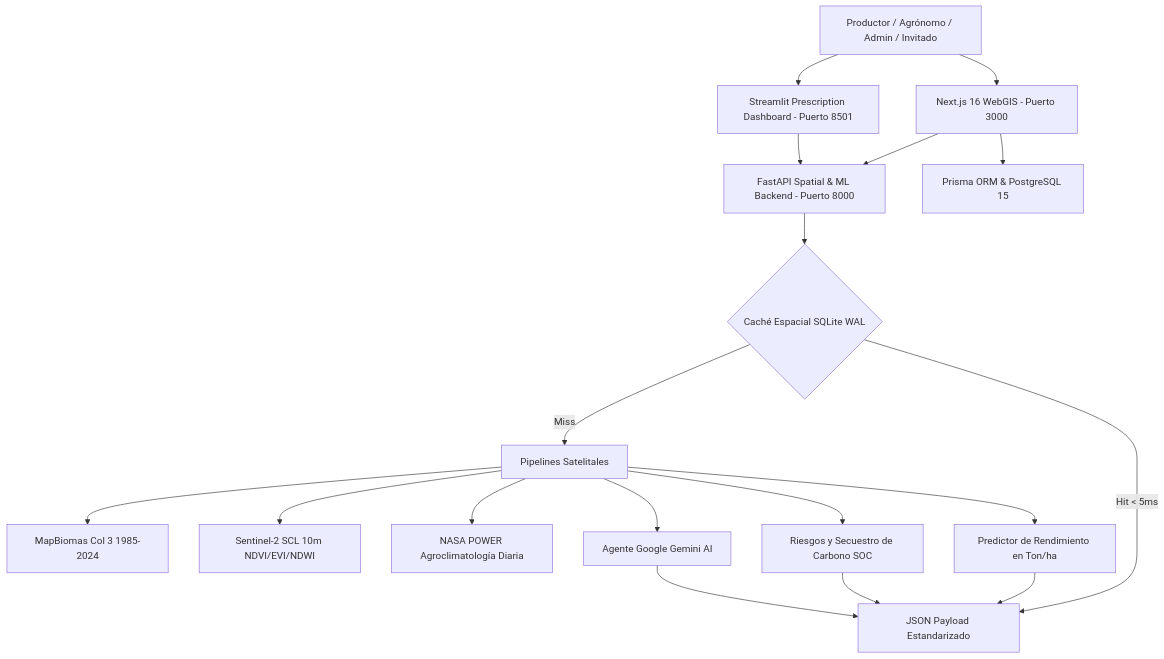
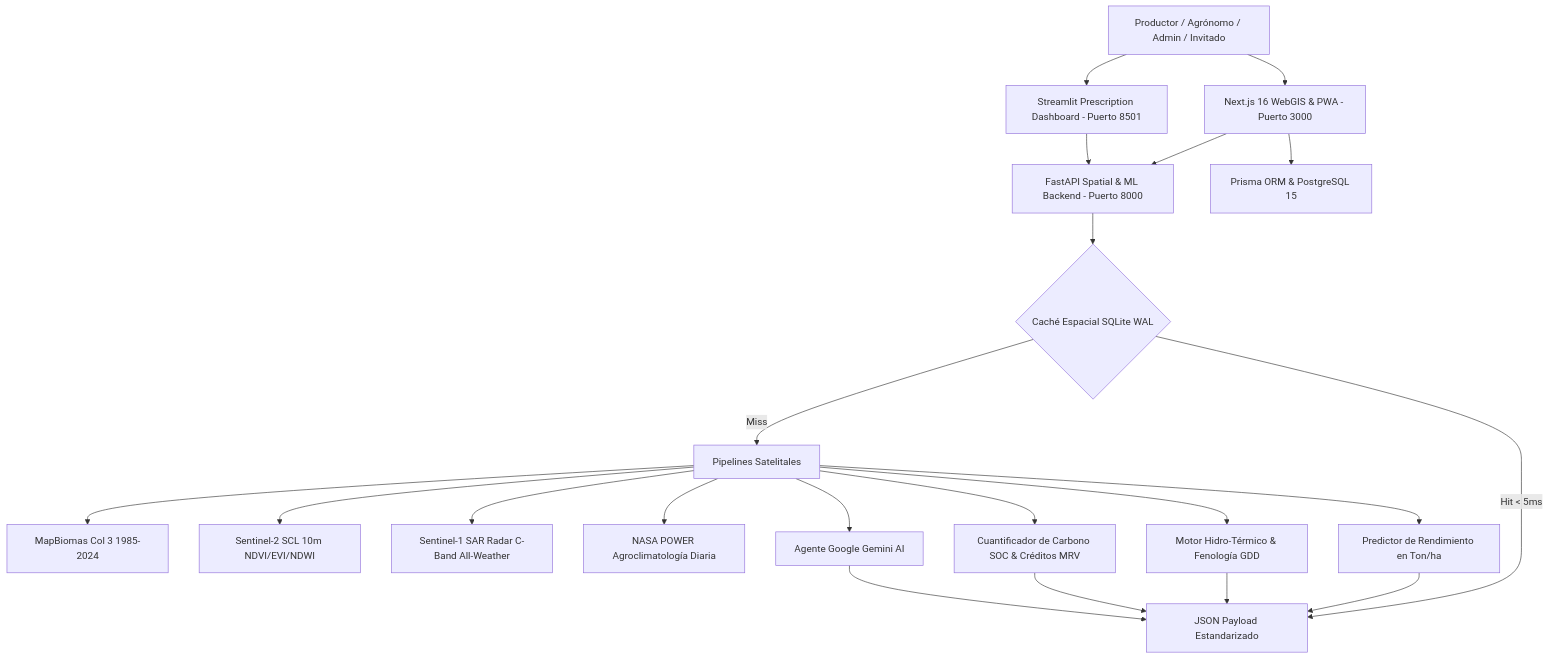
The diagram in README.md (frankSousa23/agrotech-venezuela), drawn with Mermaid before and after one commit. The commit also changed other lines of this file and 2 other files, not shown here.

Commit message:
docs: actualizar README, AGENTS.md y suite global a 81 tests con radar SAR, GDD, MRV y conectividad PWA

````diff
--- a/README.md
+++ b/README.md
@@ -37,26 +36,29 @@
 ```mermaid
 graph TD
-  User[Productor / Agrónomo / Admin / Invitado] --> Web[Next.js 16 WebGIS - Puerto 3000]
+  User[Productor / Agrónomo / Admin / Invitado] --> Web[Next.js 16 WebGIS & PWA - Puerto 3000]
   User --> Dash[Streamlit Prescription Dashboard - Puerto 8501]
   
   Web --> FastApi[FastAPI Spatial & ML Backend - Puerto 8000]
   Dash --> FastApi
   
   FastApi --> Cache{Caché Espacial SQLite WAL}
   Cache -->|Hit < 5ms| Response[JSON Payload Estandarizado]
   Cache -->|Miss| Ingestion[Pipelines Satelitales]
   
   Ingestion --> GEE[MapBiomas Col 3 1985-2024]
   Ingestion --> S2[Sentinel-2 SCL 10m NDVI/EVI/NDWI]
+  Ingestion --> S1[Sentinel-1 SAR Radar C-Band All-Weather]
   Ingestion --> NASA[NASA POWER Agroclimatología Diaria]
   
   Ingestion --> ML[Predictor de Rendimiento en Ton/ha]
-  Ingestion --> Risk[Riesgos y Secuestro de Carbono SOC]
+  Ingestion --> GDD[Motor Hidro-Térmico & Fenología GDD]
+  Ingestion --> MRV[Cuantificador de Carbono SOC & Créditos MRV]
   Ingestion --> Gemini[Agente Google Gemini AI]
   
   ML --> Response
-  Risk --> Response
+  GDD --> Response
+  MRV --> Response
   Gemini --> Response
   
   Web --> Prisma[Prisma ORM & PostgreSQL 15]
 ```
````
